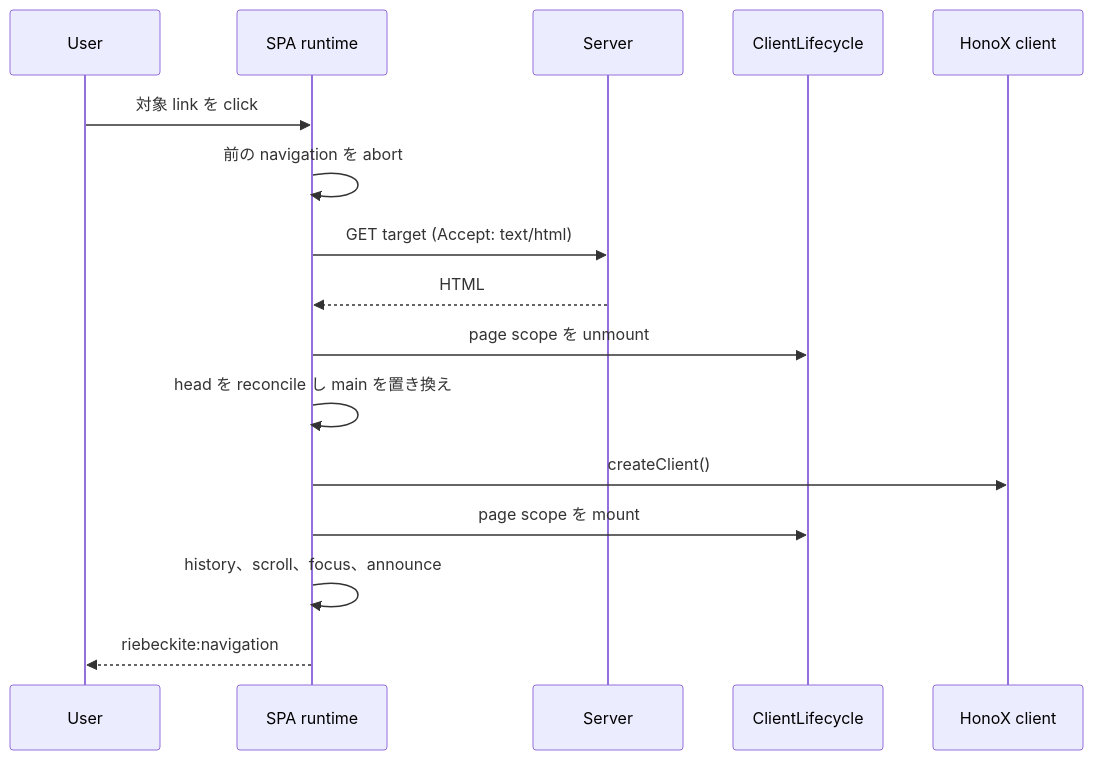
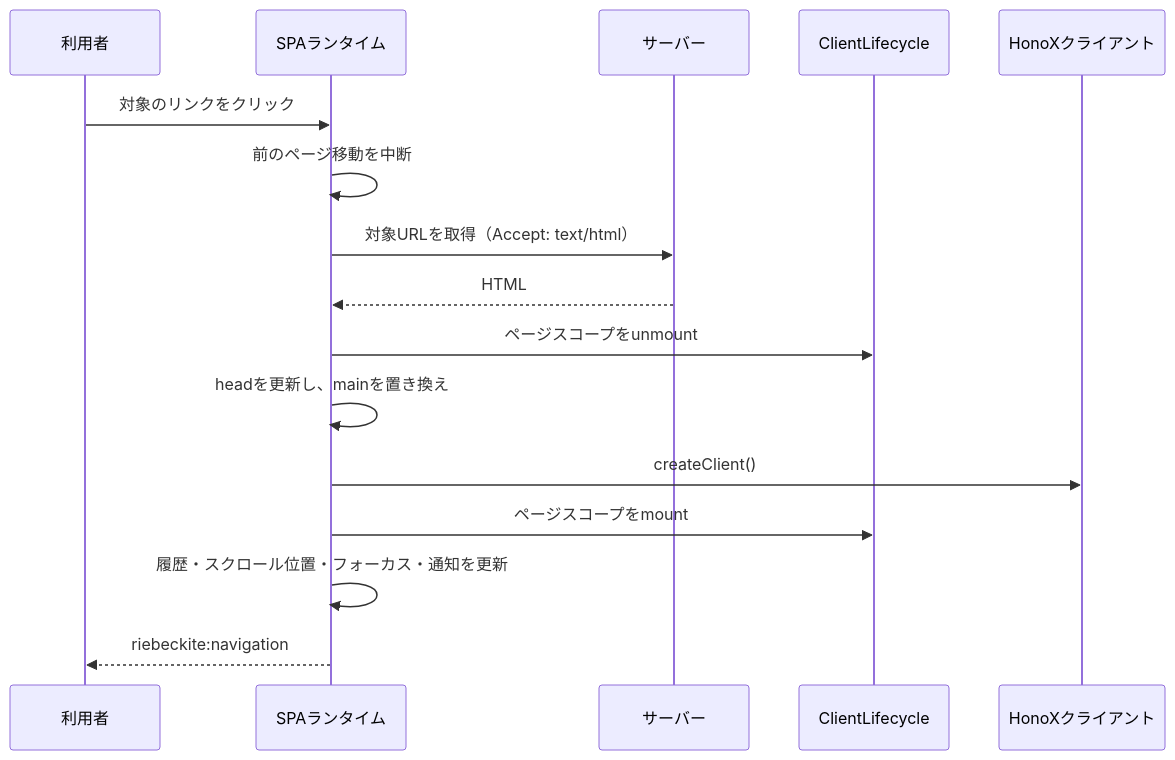
Before and after one commit to Rerurate514/riebeckite: the diagram in docs/docs/framework/spa-runtime.ja.md, drawn with Mermaid. The commit also changed other lines of this file and 13 other files, not shown here.

````diff
--- a/docs/docs/framework/spa-runtime.ja.md
+++ b/docs/docs/framework/spa-runtime.ja.md
@@ -15,19 +16,19 @@
 ```mermaid
 sequenceDiagram
-    participant U as User
-    participant R as SPA runtime
-    participant S as Server
+    participant U as 利用者
+    participant R as SPAランタイム
+    participant S as サーバー
     participant L as ClientLifecycle
-    participant H as HonoX client
+    participant H as HonoXクライアント
 
-    U->>R: 対象 link を click
-    R->>R: 前の navigation を abort
-    R->>S: GET target (Accept: text/html)
+    U->>R: 対象のリンクをクリック
+    R->>R: 前のページ移動を中断
+    R->>S: 対象URLを取得（Accept: text/html）
     S-->>R: HTML
-    R->>L: page scope を unmount
-    R->>R: head を reconcile し main を置き換え
+    R->>L: ページスコープをunmount
+    R->>R: headを更新し、mainを置き換え
     R->>H: createClient()
-    R->>L: page scope を mount
-    R->>R: history、scroll、focus、announce
+    R->>L: ページスコープをmount
+    R->>R: 履歴・スクロール位置・フォーカス・通知を更新
     R-->>U: riebeckite:navigation
 ```
````
